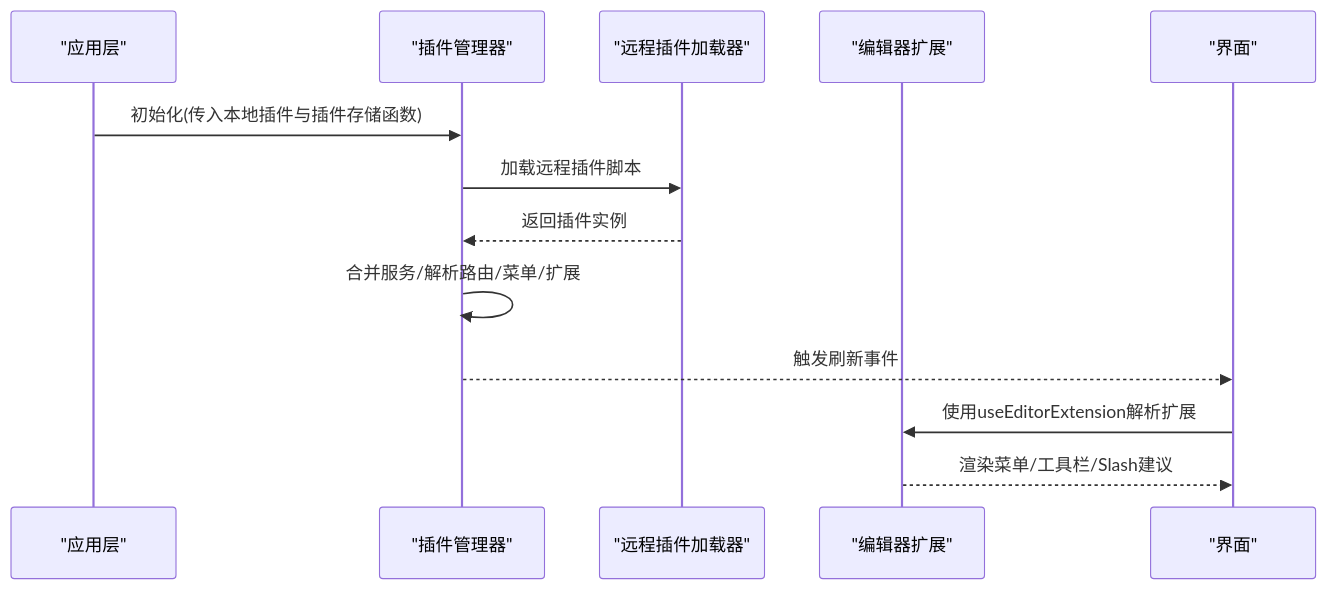
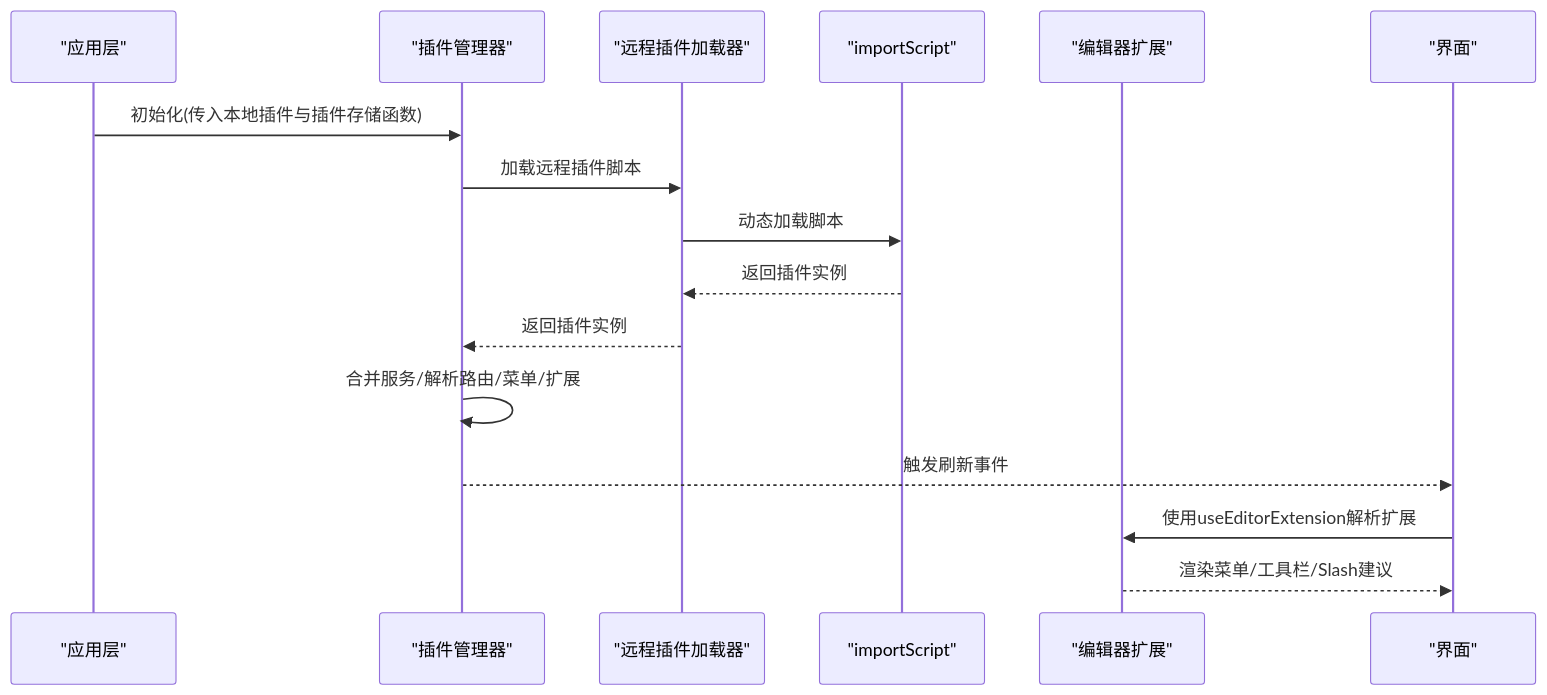
The second of 6 diagrams in .qoder/repowiki/zh/content/插件开发/插件开发.md (LRF0422/Kotion), drawn with Mermaid before and after one commit. The commit also changed other lines of this file and 75 other files, not shown here.

````diff
--- a/.qoder/repowiki/zh/content/插件开发/插件开发.md
+++ b/.qoder/repowiki/zh/content/插件开发/插件开发.md
@@ -160,15 +204,18 @@
 ```mermaid
 sequenceDiagram
 participant App as "应用层"
 participant PM as "插件管理器"
 participant Loader as "远程插件加载器"
+participant ImportUtil as "importScript"
 participant Ext as "编辑器扩展"
 participant UI as "界面"
 App->>PM : 初始化(传入本地插件与插件存储函数)
 PM->>Loader : 加载远程插件脚本
+Loader->>ImportUtil : 动态加载脚本
+ImportUtil-->>Loader : 返回插件实例
 Loader-->>PM : 返回插件实例
 PM->>PM : 合并服务/解析路由/菜单/扩展
 PM-->>UI : 触发刷新事件
 UI->>Ext : 使用useEditorExtension解析扩展
 Ext-->>UI : 渲染菜单/工具栏/Slash建议
 ```
````
